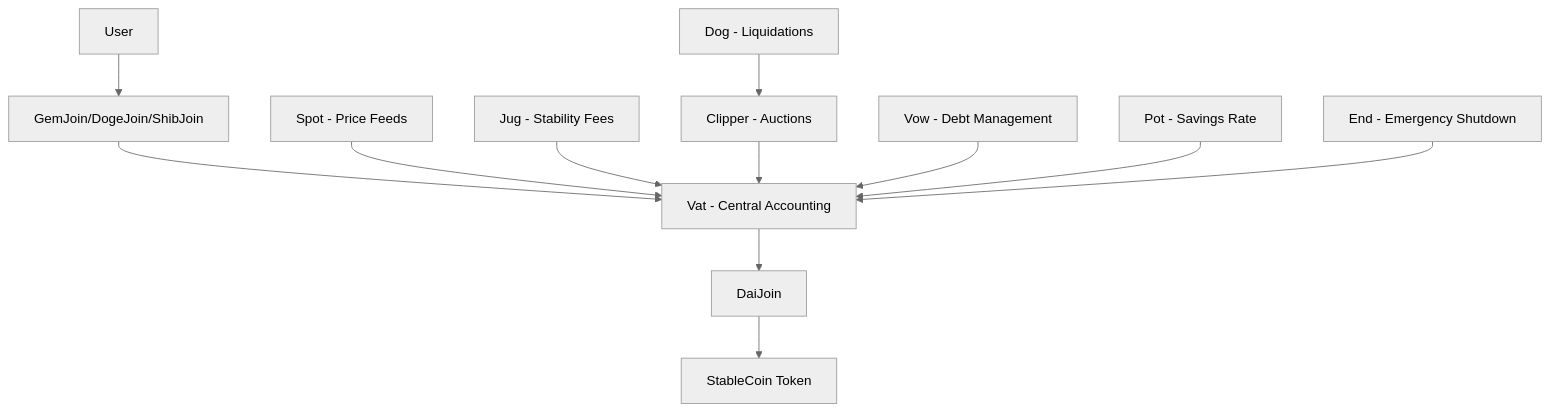
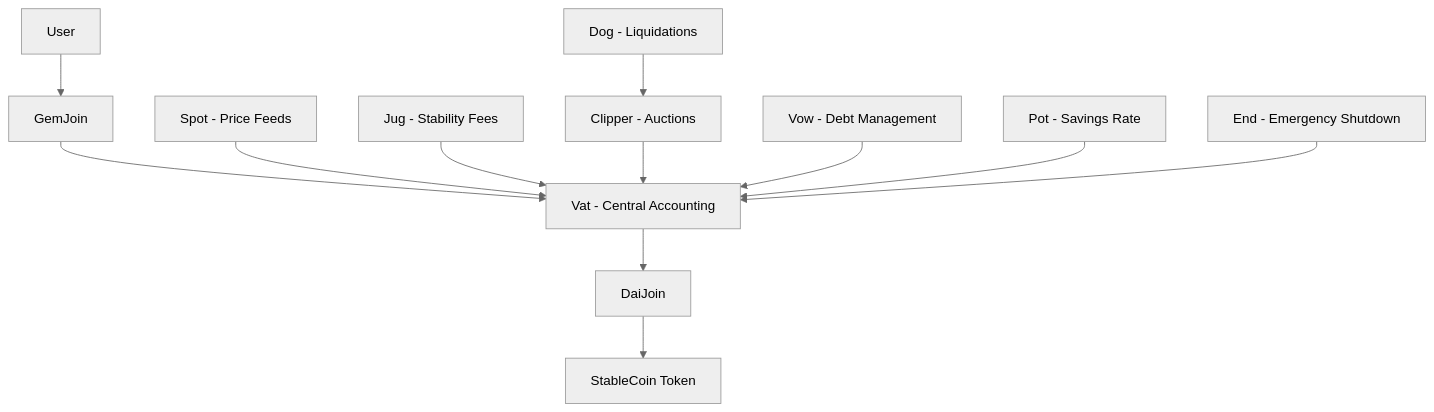
Before and after one commit to TerexitariusStomp/Mutiraon: the diagram in README.md, drawn with Mermaid (neutral theme). The commit also changed other lines of this file and 1965 other files, not shown here.

````diff
--- a/README.md
+++ b/README.md
@@ -21,16 +21,16 @@
 ```mermaid
 graph TD
-    A[User] --> B[GemJoin/DogeJoin/ShibJoin]
+    A[User] --> B[GemJoin]
     B --> C[Vat - Central Accounting]
     C --> D[DaiJoin]
     D --> E[StableCoin Token]
     
     F[Spot - Price Feeds] --> C
     G[Jug - Stability Fees] --> C
     H[Dog - Liquidations] --> I[Clipper - Auctions]
     I --> C
     
     J[Vow - Debt Management] --> C
     K[Pot - Savings Rate] --> C
     L[End - Emergency Shutdown] --> C
 ```
````
